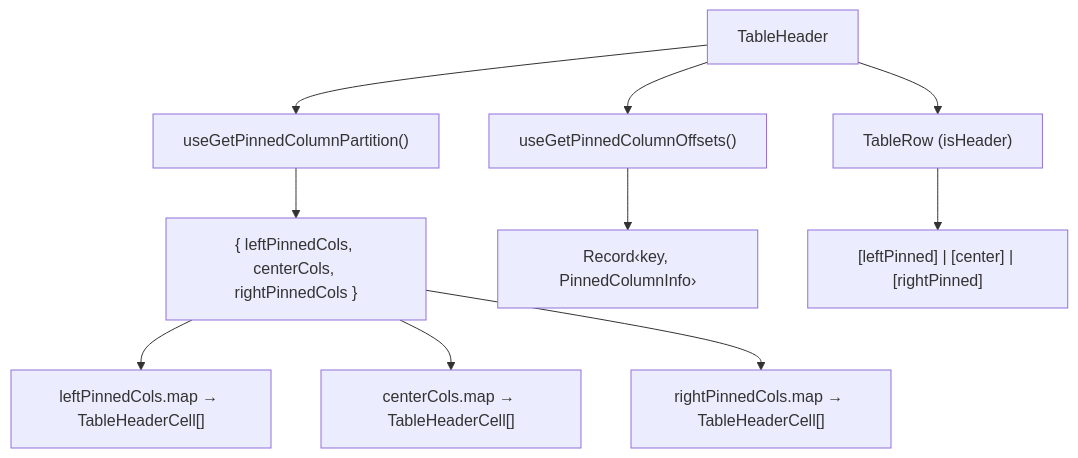
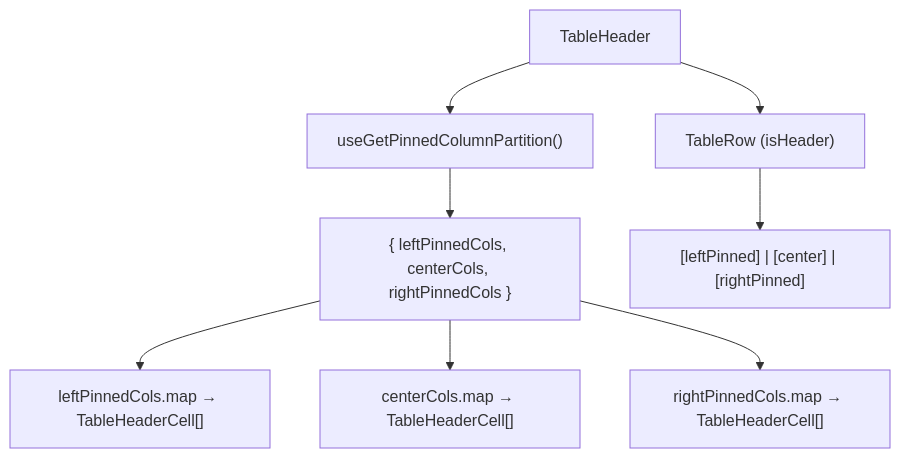
The diagram in packages/ui/src/components/Table/TableHeader/ARCHITECTURE.md (luciocabrera/lcabrera-stack), drawn with Mermaid before and after one commit. The commit also changed other lines of this file and 11 other files, not shown here.

````diff
--- a/packages/ui/src/components/Table/TableHeader/ARCHITECTURE.md
+++ b/packages/ui/src/components/Table/TableHeader/ARCHITECTURE.md
@@ -25,14 +24,12 @@
 ```mermaid
 graph TD
   TH["TableHeader"] --> CG["useGetPinnedColumnPartition()"]
-  TH --> PO["useGetPinnedColumnOffsets()"]
   CG --> groups["{ leftPinnedCols, centerCols, rightPinnedCols }"]
-  PO --> offsets["Record‹key, PinnedColumnInfo›"]
 
   groups --> left["leftPinnedCols.map → TableHeaderCell[]"]
   groups --> center["centerCols.map → TableHeaderCell[]"]
   groups --> right["rightPinnedCols.map → TableHeaderCell[]"]
 
   TH --> Row["TableRow (isHeader)"]
   Row --> cells["[leftPinned] | [center] | [rightPinned]"]
 ```
````
